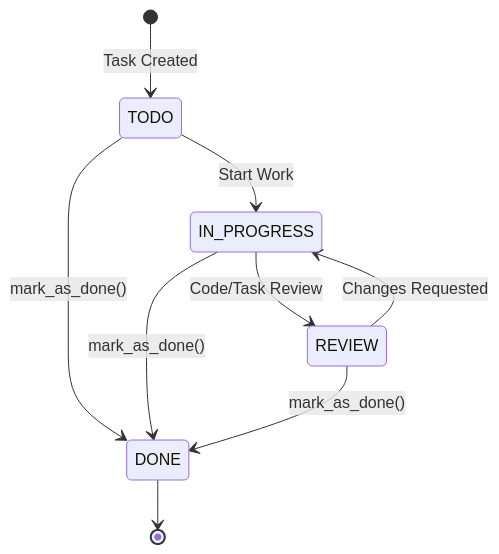
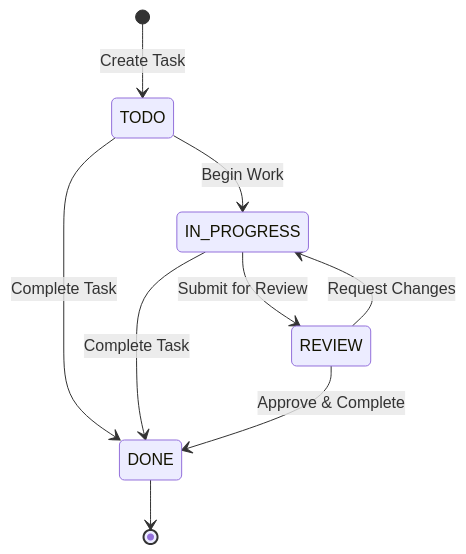
One commit to Ratshili9/ai-code-exercises changed the second of 2 diagrams in EXERCISE_1_KNOWING_WHERE_TO_START.md. Above: the diagram before and after it, drawn with Mermaid. The commit also changed other lines of this file, not shown here.

````diff
--- a/EXERCISE_1_KNOWING_WHERE_TO_START.md
+++ b/EXERCISE_1_KNOWING_WHERE_TO_START.md
@@ -151,11 +174,11 @@
 ```mermaid
 stateDiagram-v2
-    [*] --> TODO: Task Created
-    TODO --> IN_PROGRESS: Start Work
-    IN_PROGRESS --> REVIEW: Code/Task Review
-    REVIEW --> IN_PROGRESS: Changes Requested
-    TODO --> DONE: mark_as_done()
-    IN_PROGRESS --> DONE: mark_as_done()
-    REVIEW --> DONE: mark_as_done()
+    [*] --> TODO: Create Task
+    TODO --> IN_PROGRESS: Begin Work
+    IN_PROGRESS --> REVIEW: Submit for Review
+    REVIEW --> IN_PROGRESS: Request Changes
+    TODO --> DONE: Complete Task
+    IN_PROGRESS --> DONE: Complete Task
+    REVIEW --> DONE: Approve & Complete
     DONE --> [*]
 ```
````
